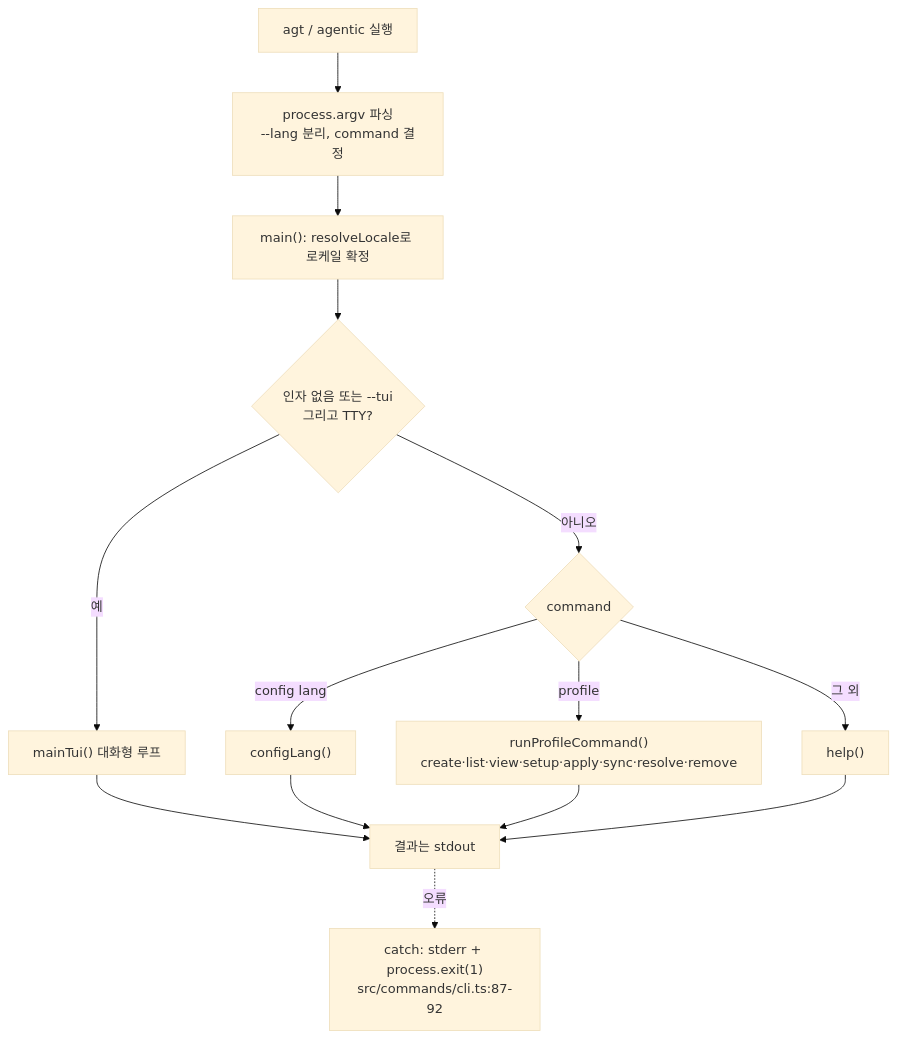
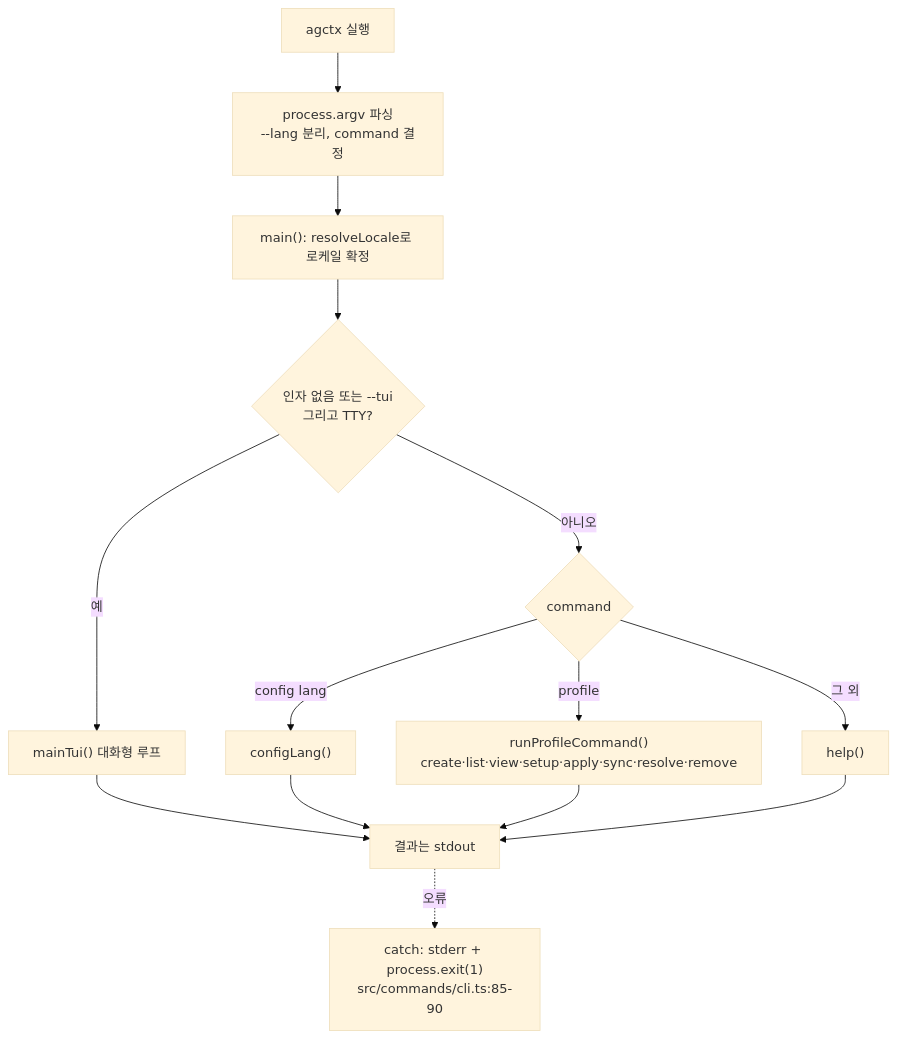
Before and after one commit to IsthisLee/agent-context-manager: the second of 8 diagrams in docs/architecture/implementation-mechanics.md, drawn with Mermaid (base theme). The commit also changed other lines of this file and 73 other files, not shown here.

````diff
--- a/docs/architecture/implementation-mechanics.md
+++ b/docs/architecture/implementation-mechanics.md
@@ -80,16 +78,16 @@
 ```mermaid
 flowchart TD
-  A["agt / agentic 실행"] --> B["process.argv 파싱<br/>--lang 분리, command 결정"]
+  A["agctx 실행"] --> B["process.argv 파싱<br/>--lang 분리, command 결정"]
   B --> C["main(): resolveLocale로 로케일 확정"]
   C --> D{"인자 없음 또는 --tui<br/>그리고 TTY?"}
   D -->|"예"| TUI["mainTui() 대화형 루프"]
   D -->|"아니오"| E{"command"}
   E -->|"config lang"| LANG["configLang()"]
   E -->|"profile"| PROF["runProfileCommand()<br/>create·list·view·setup·apply·sync·resolve·remove"]
   E -->|"그 외"| HELP["help()"]
   TUI --> Z["결과는 stdout"]
   LANG --> Z
   PROF --> Z
   HELP --> Z
-  Z -.->|"오류"| ERR["catch: stderr + process.exit(1)<br/>src/commands/cli.ts:87-92"]
+  Z -.->|"오류"| ERR["catch: stderr + process.exit(1)<br/>src/commands/cli.ts:85-90"]
 ```
````
